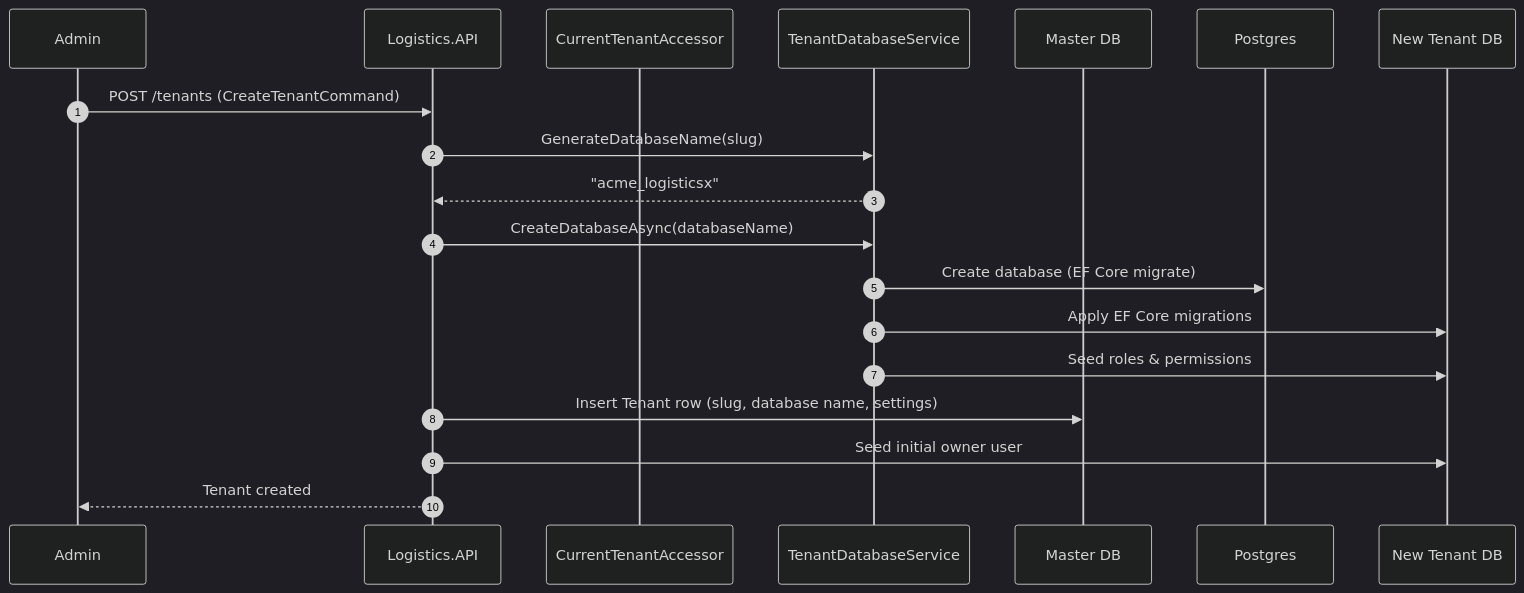
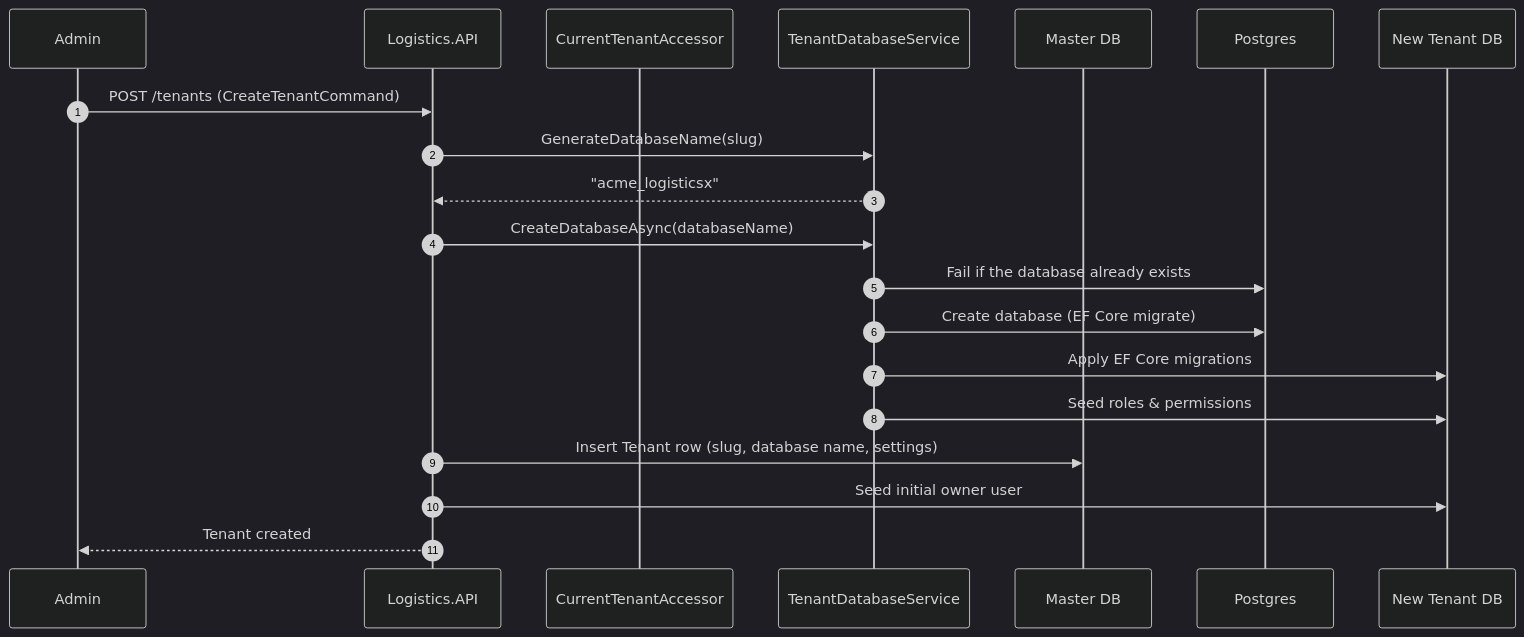
One commit to suxrobGM/logistics-app changed the third of 3 diagrams in docs/architecture/multi-tenancy.md. Above: the diagram before and after it, drawn with Mermaid (dark theme). The commit also changed 7 other files, not shown here.

````diff
--- a/docs/architecture/multi-tenancy.md
+++ b/docs/architecture/multi-tenancy.md
@@ -156,22 +156,23 @@
 ```mermaid
 sequenceDiagram
     autonumber
     participant Admin
     participant API as Logistics.API
     participant TS as CurrentTenantAccessor
     participant TDS as TenantDatabaseService
     participant Master as Master DB
     participant Postgres
     participant TDb as New Tenant DB
 
     Admin->>API: POST /tenants (CreateTenantCommand)
     API->>TDS: GenerateDatabaseName(slug)
     TDS-->>API: "acme_logisticsx"
     API->>TDS: CreateDatabaseAsync(databaseName)
+    TDS->>Postgres: Fail if the database already exists
     TDS->>Postgres: Create database (EF Core migrate)
     TDS->>TDb: Apply EF Core migrations
     TDS->>TDb: Seed roles & permissions
     API->>Master: Insert Tenant row (slug, database name, settings)
     API->>TDb: Seed initial owner user
     API-->>Admin: Tenant created
 ```
````
